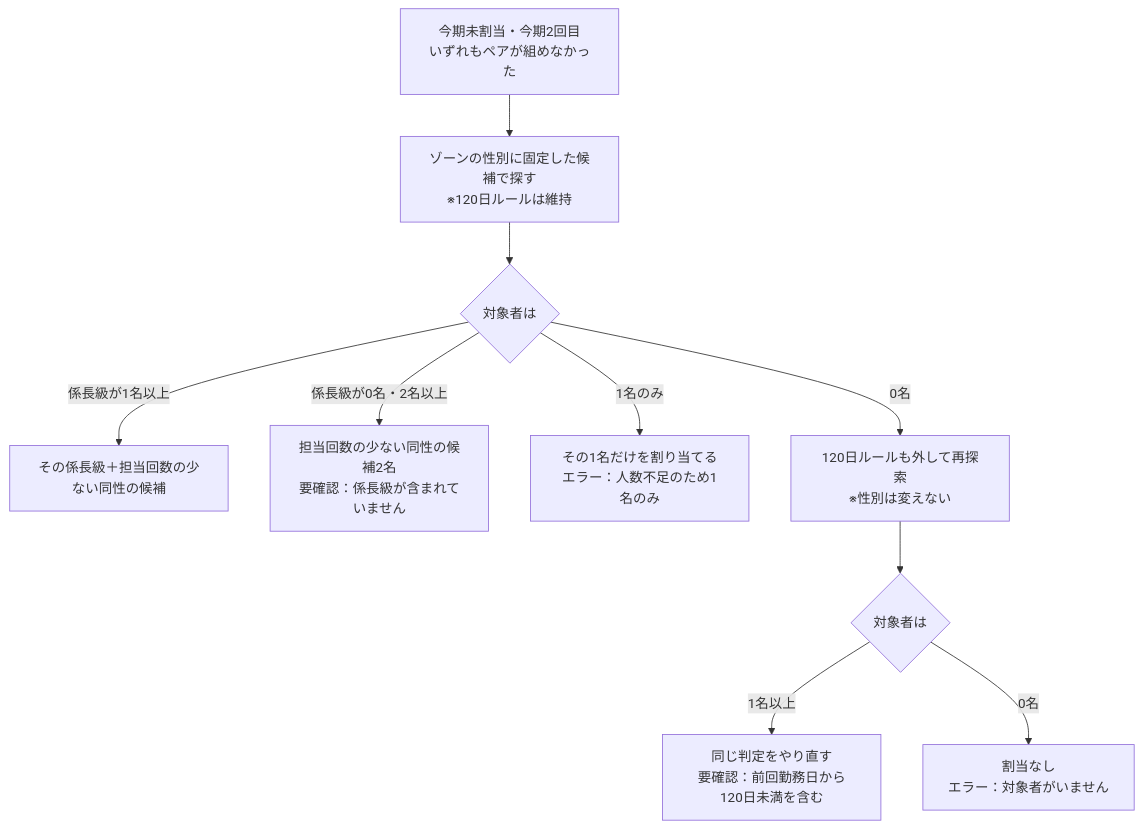
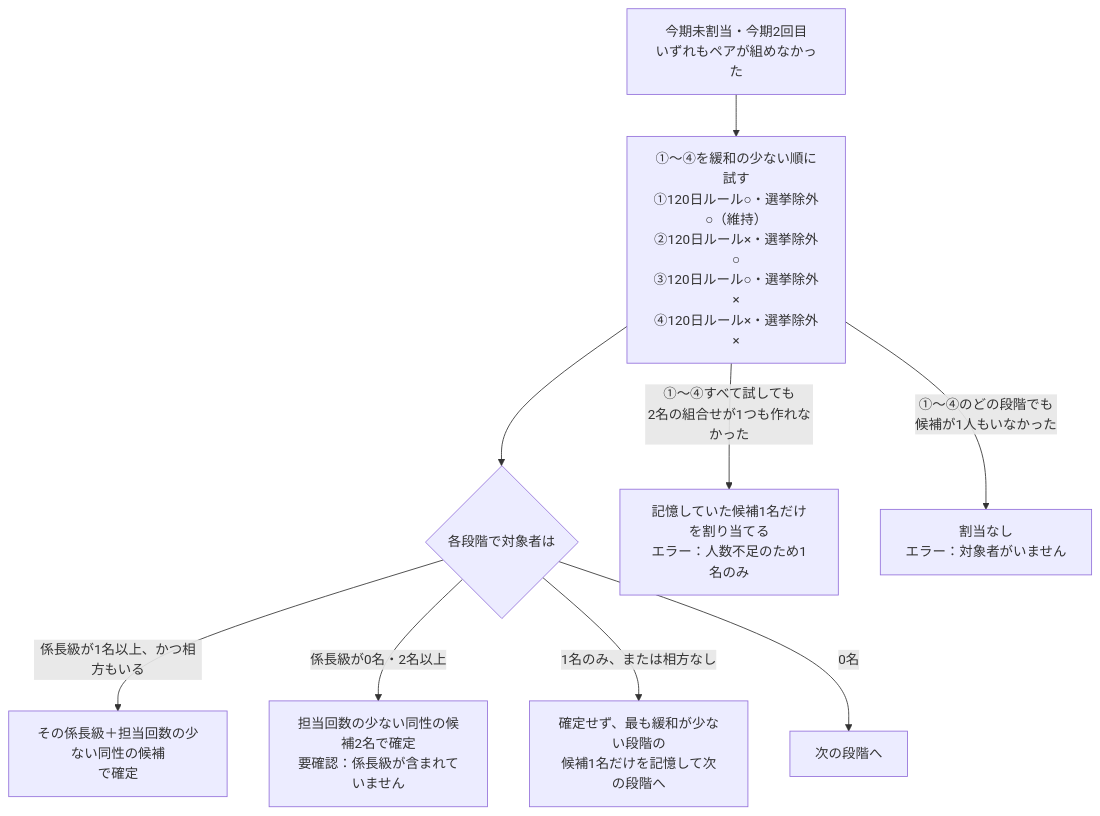
Before and after one commit to Yusei0003/2000: the fifth of 5 diagrams in docs/勤務表作成フロー.md, drawn with Mermaid. The commit also changed other lines of this file and 4 other files, not shown here.

````diff
--- a/docs/勤務表作成フロー.md
+++ b/docs/勤務表作成フロー.md
@@ -164,12 +166,11 @@
 ```mermaid
 flowchart TD
-    A[今期未割当・今期2回目<br/>いずれもペアが組めなかった] --> B[ゾーンの性別に固定した候補で探す<br/>※120日ルールは維持]
-    B --> C{対象者は}
-    C -->|係長級が1名以上| D[その係長級＋担当回数の少ない同性の候補]
-    C -->|係長級が0名・2名以上| E[担当回数の少ない同性の候補2名<br/>要確認：係長級が含まれていません]
-    C -->|1名のみ| F[その1名だけを割り当てる<br/>エラー：人数不足のため1名のみ]
-    C -->|0名| G[120日ルールも外して再探索<br/>※性別は変えない]
-    G --> H{対象者は}
-    H -->|1名以上| I[同じ判定をやり直す<br/>要確認：前回勤務日から120日未満を含む]
-    H -->|0名| J[割当なし<br/>エラー：対象者がいません]
+    A[今期未割当・今期2回目<br/>いずれもペアが組めなかった] --> B["①〜④を緩和の少ない順に試す<br/>①120日ルール○・選挙除外○（維持）<br/>②120日ルール×・選挙除外○<br/>③120日ルール○・選挙除外×<br/>④120日ルール×・選挙除外×"]
+    B --> C{各段階で対象者は}
+    C -->|係長級が1名以上、かつ相方もいる| D[その係長級＋担当回数の少ない同性の候補<br/>で確定]
+    C -->|係長級が0名・2名以上| E[担当回数の少ない同性の候補2名で確定<br/>要確認：係長級が含まれていません]
+    C -->|1名のみ、または相方なし| F["確定せず、最も緩和が少ない段階の<br/>候補1名だけを記憶して次の段階へ"]
+    C -->|0名| G[次の段階へ]
+    B -->|①〜④すべて試しても<br/>2名の組合せが1つも作れなかった| H[記憶していた候補1名だけを割り当てる<br/>エラー：人数不足のため1名のみ]
+    B -->|①〜④のどの段階でも<br/>候補が1人もいなかった| I[割当なし<br/>エラー：対象者がいません]
 ```
````
